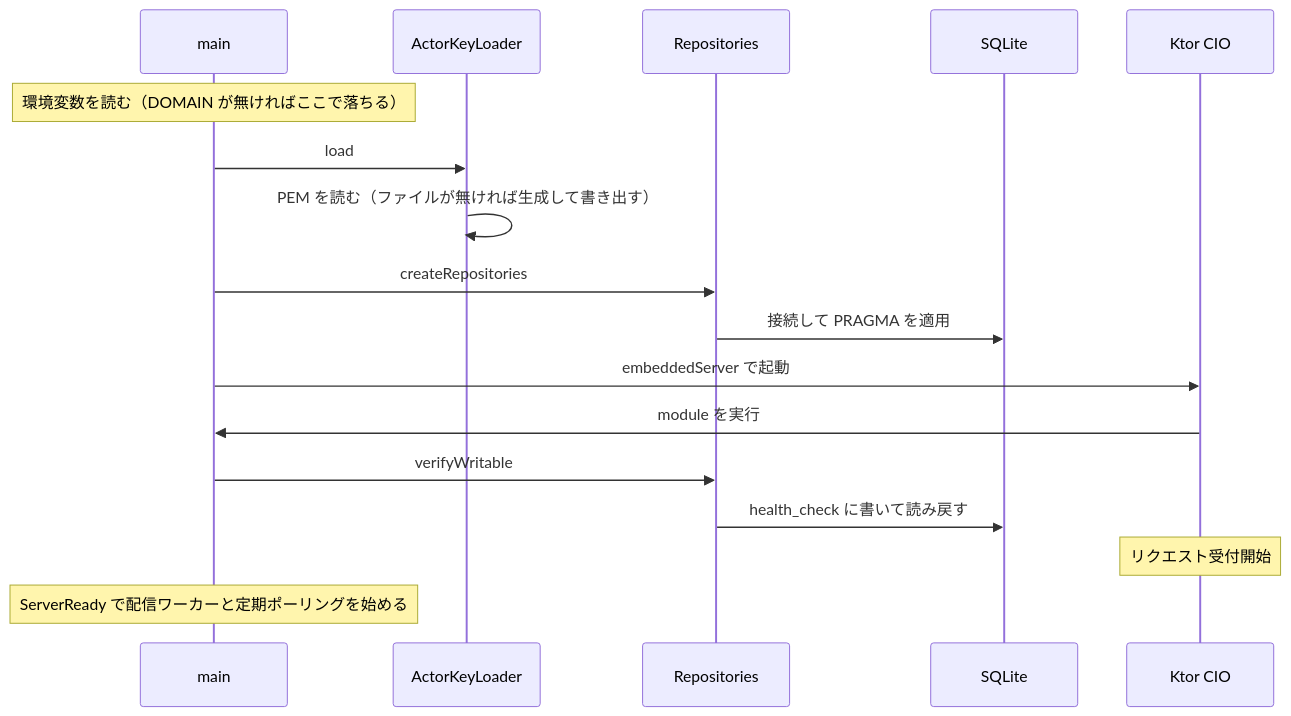
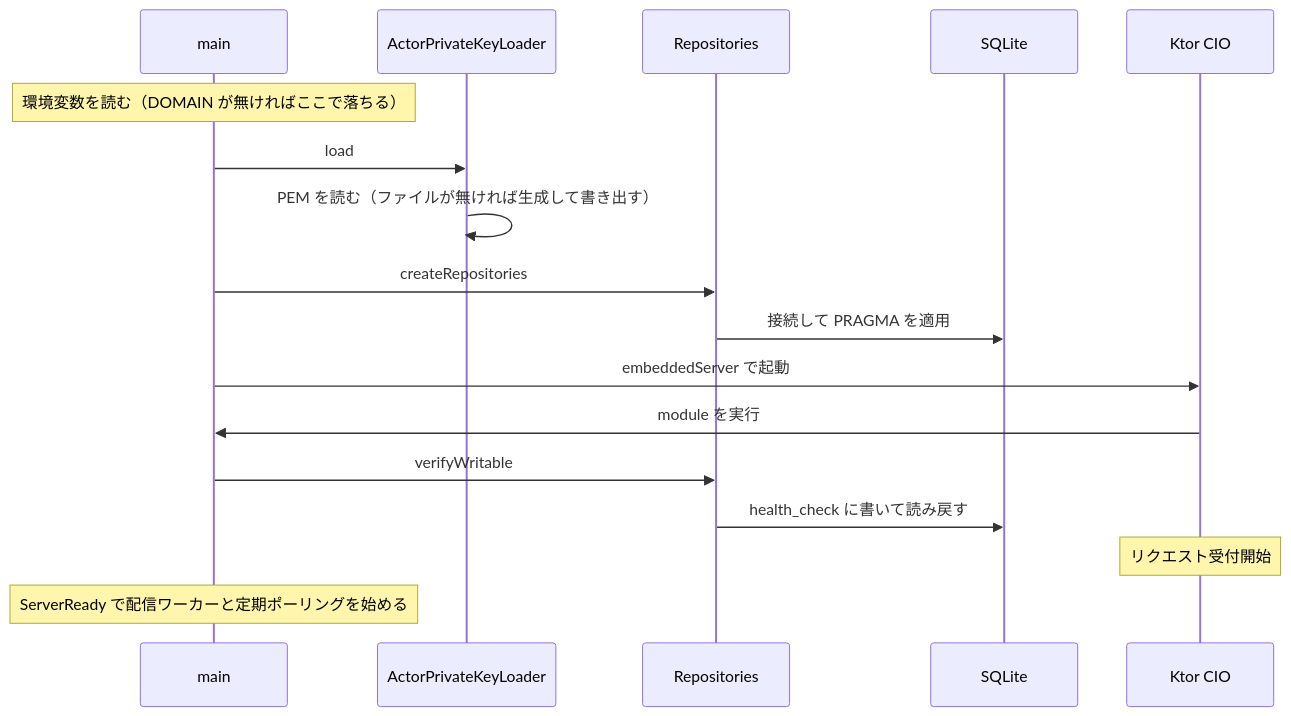
Before and after one commit to matsudamper/mastodon-rss: the second of 2 diagrams in docs/architecture.md, drawn with Mermaid. The commit also changed 12 other files, not shown here.

````diff
--- a/docs/architecture.md
+++ b/docs/architecture.md
@@ -414,20 +414,20 @@
 ```mermaid
 sequenceDiagram
     participant M as main
-    participant A as ActorKeyLoader
+    participant A as ActorPrivateKeyLoader
     participant R as Repositories
     participant DB as SQLite
     participant K as Ktor CIO
 
     Note over M: 環境変数を読む（DOMAIN が無ければここで落ちる）
     M->>A: load
     A->>A: PEM を読む（ファイルが無ければ生成して書き出す）
     M->>R: createRepositories
     R->>DB: 接続して PRAGMA を適用
     M->>K: embeddedServer で起動
     K->>M: module を実行
     M->>R: verifyWritable
     R->>DB: health_check に書いて読み戻す
     Note over K: リクエスト受付開始
     Note over M: ServerReady で配信ワーカーと定期ポーリングを始める
 ```
````
